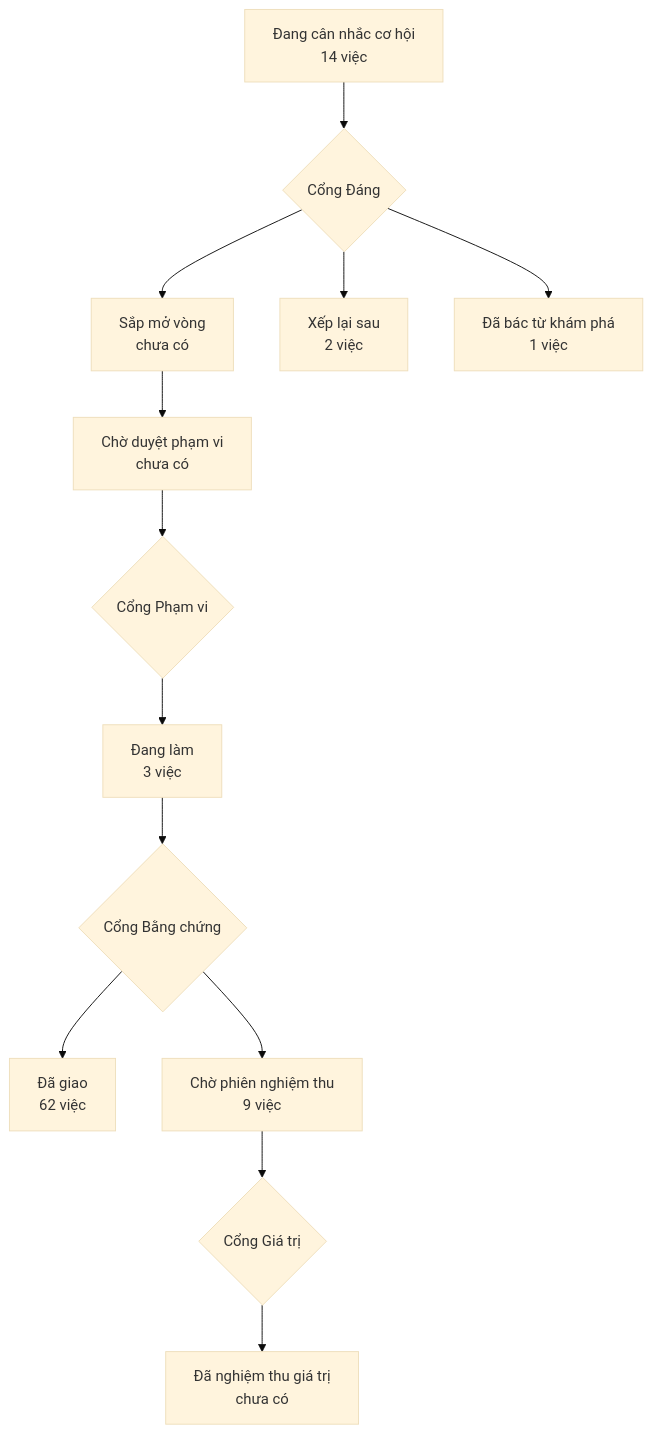
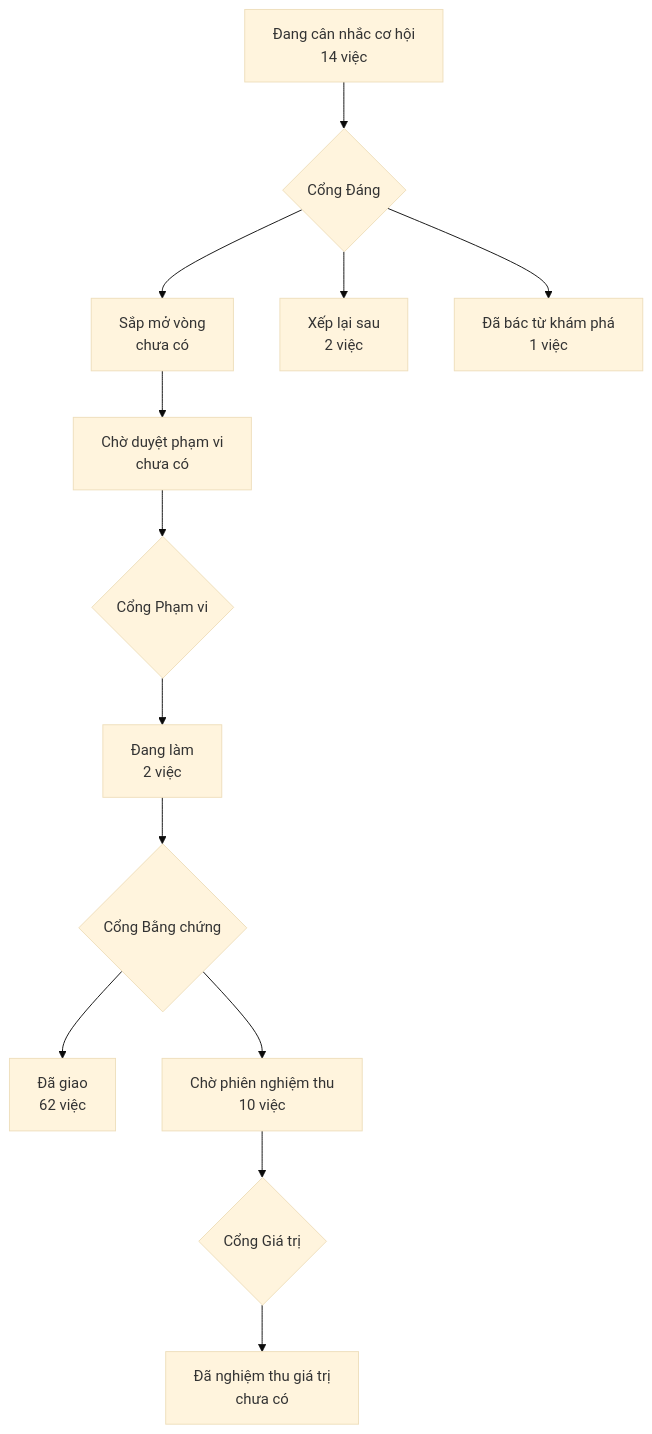
Before and after one commit to phanlemanh/acceptance-gate-kit: the diagram in PRODUCT-MAP.md, drawn with Mermaid (base theme). The commit also changed 3 other files, not shown here.

````diff
--- a/PRODUCT-MAP.md
+++ b/PRODUCT-MAP.md
@@ -6,12 +6,12 @@
 ```mermaid
 flowchart TD
   A["Đang cân nhắc cơ hội<br/>14 việc"] --> GD{"Cổng Đáng"}
   GD --> B["Sắp mở vòng<br/>chưa có"]
   GD --> XL["Xếp lại sau<br/>2 việc"]
   GD --> DB["Đã bác từ khám phá<br/>1 việc"]
   B --> CD["Chờ duyệt phạm vi<br/>chưa có"] --> GP{"Cổng Phạm vi"}
-  GP --> DL["Đang làm<br/>3 việc"] --> GB{"Cổng Bằng chứng"}
+  GP --> DL["Đang làm<br/>2 việc"] --> GB{"Cổng Bằng chứng"}
   GB --> DG["Đã giao<br/>62 việc"]
-  GB --> CN["Chờ phiên nghiệm thu<br/>9 việc"] --> GG{"Cổng Giá trị"}
+  GB --> CN["Chờ phiên nghiệm thu<br/>10 việc"] --> GG{"Cổng Giá trị"}
   GG --> NT["Đã nghiệm thu giá trị<br/>chưa có"]
 ```
````
